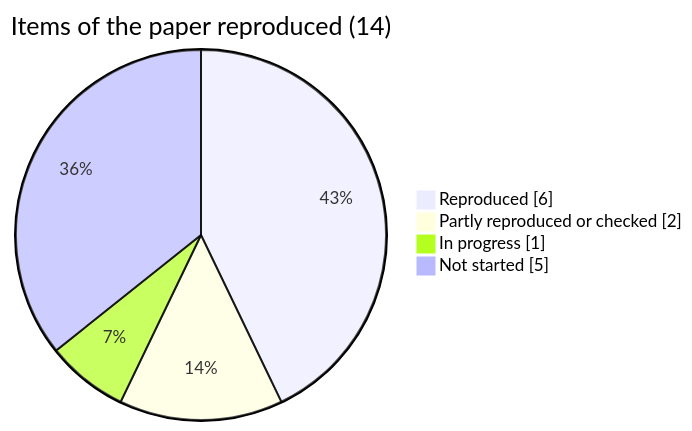
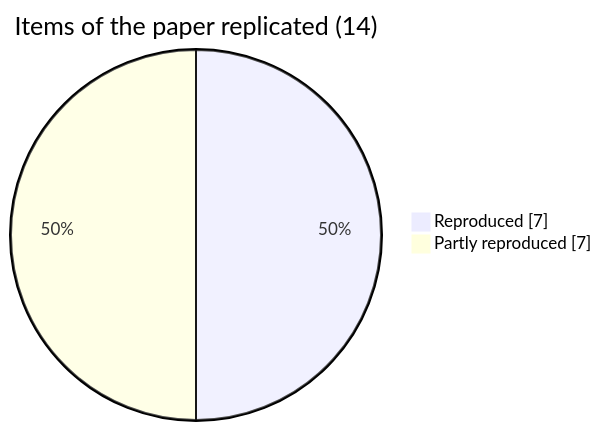
The second of 2 diagrams in README.md (Chill-Mayank/Graded-GaN-HEMT-Model), drawn with Mermaid before and after one commit. The commit also changed other lines of this file, not shown here.

````diff
--- a/README.md
+++ b/README.md
@@ -264,8 +327,6 @@
 ```mermaid
 pie showData
-    title Items of the paper reproduced (14)
-    "Reproduced" : 6
-    "Partly reproduced or checked" : 2
-    "In progress" : 1
-    "Not started" : 5
+    title Items of the paper replicated (14)
+    "Reproduced" : 7
+    "Partly reproduced" : 7
 ```
````
